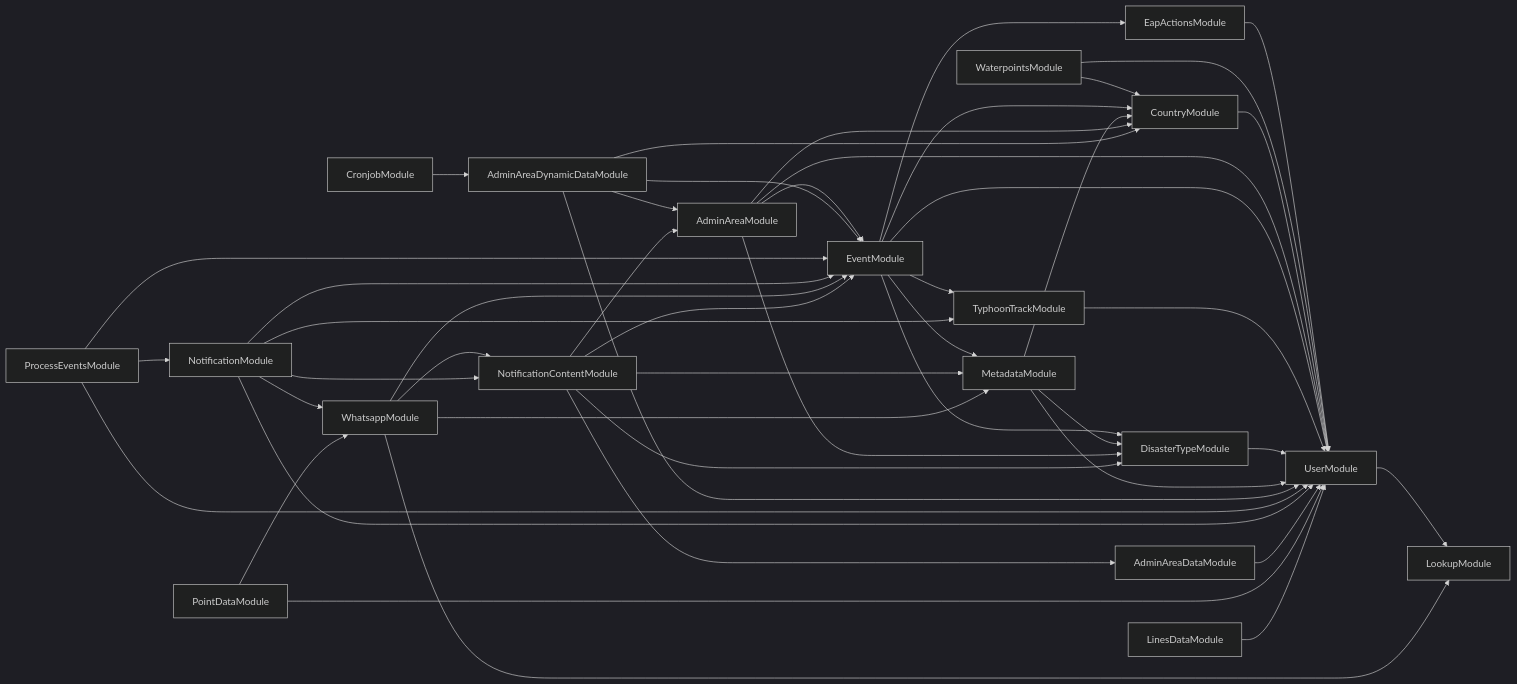
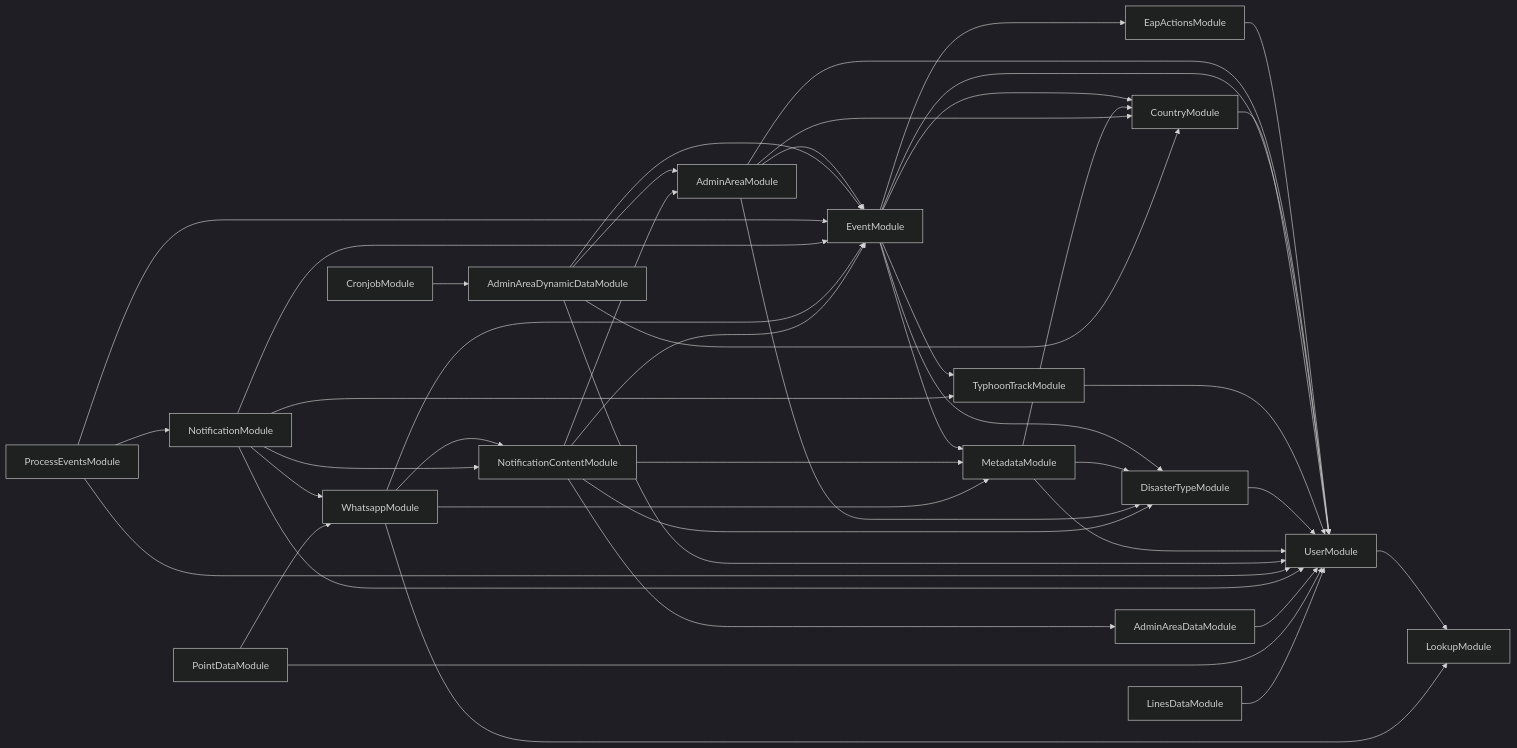
The diagram in services/API-service/module-dependencies.md (rodekruis/IBF-system), drawn with Mermaid (dark theme) before and after one commit. The commit also changed 39 other files, not shown here.

````diff
--- a/services/API-service/module-dependencies.md
+++ b/services/API-service/module-dependencies.md
@@ -3,49 +3,47 @@
 ```mermaid
 graph LR
   EapActionsModule-->UserModule
   UserModule-->LookupModule
-  WaterpointsModule-->UserModule
-  WaterpointsModule-->CountryModule
-  CountryModule-->UserModule
   AdminAreaModule-->UserModule
   AdminAreaModule-->EventModule
   EventModule-->UserModule
   EventModule-->CountryModule
+  CountryModule-->UserModule
   EventModule-->EapActionsModule
   EventModule-->TyphoonTrackModule
   TyphoonTrackModule-->UserModule
   EventModule-->DisasterTypeModule
   DisasterTypeModule-->UserModule
   EventModule-->MetadataModule
   MetadataModule-->UserModule
   MetadataModule-->CountryModule
   MetadataModule-->DisasterTypeModule
   AdminAreaModule-->CountryModule
   AdminAreaModule-->DisasterTypeModule
   AdminAreaDynamicDataModule-->UserModule
   AdminAreaDynamicDataModule-->EventModule
   AdminAreaDynamicDataModule-->CountryModule
   AdminAreaDynamicDataModule-->AdminAreaModule
   ProcessEventsModule-->UserModule
   ProcessEventsModule-->EventModule
   ProcessEventsModule-->NotificationModule
   NotificationModule-->UserModule
   NotificationModule-->EventModule
   NotificationModule-->WhatsappModule
   WhatsappModule-->LookupModule
   WhatsappModule-->EventModule
   WhatsappModule-->NotificationContentModule
   NotificationContentModule-->EventModule
   NotificationContentModule-->AdminAreaDataModule
   AdminAreaDataModule-->UserModule
   NotificationContentModule-->AdminAreaModule
   NotificationContentModule-->DisasterTypeModule
   NotificationContentModule-->MetadataModule
   WhatsappModule-->MetadataModule
   NotificationModule-->NotificationContentModule
   NotificationModule-->TyphoonTrackModule
   PointDataModule-->UserModule
   PointDataModule-->WhatsappModule
   LinesDataModule-->UserModule
   CronjobModule-->AdminAreaDynamicDataModule
 ```
````
